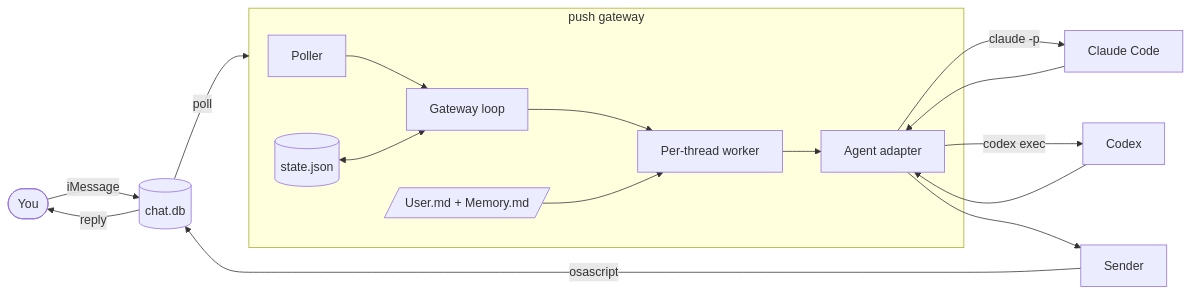
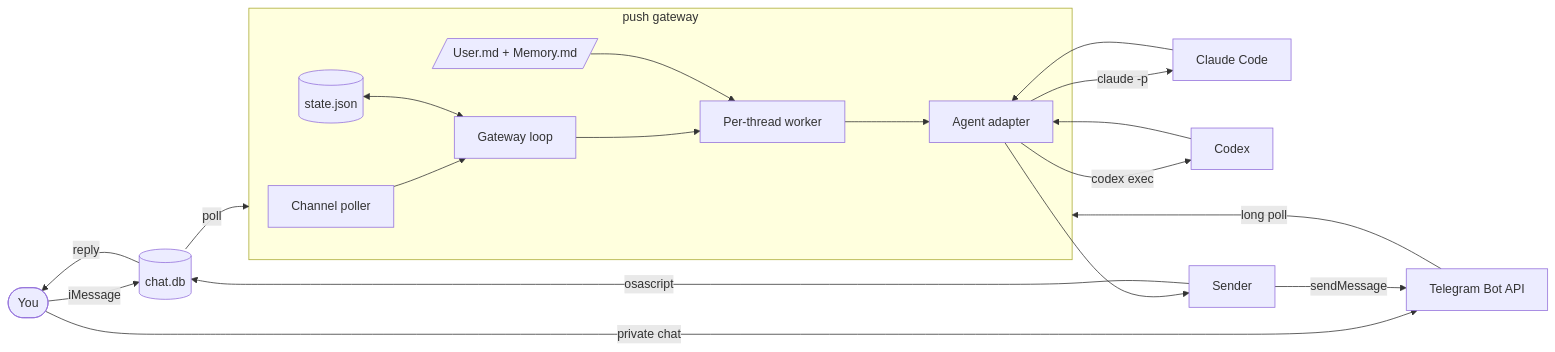
The first of 2 diagrams in docs/architecture.md (owainlewis/push), drawn with Mermaid before and after one commit. The commit also changed other lines of this file and 22 other files, not shown here.

````diff
--- a/docs/architecture.md
+++ b/docs/architecture.md
@@ -53,19 +56,22 @@
 ```mermaid
 flowchart LR
     user([You]) -->|iMessage| db[(chat.db)]
+    user -->|private chat| tg[Telegram Bot API]
     db -->|poll| push
+    tg -->|long poll| push
     subgraph push[push gateway]
-        poller[Poller] --> gateway[Gateway loop]
+        poller[Channel poller] --> gateway[Gateway loop]
         gateway --> worker[Per-thread worker]
         store[(state.json)] <--> gateway
         memory[/User.md + Memory.md/] --> worker
         worker --> adapter[Agent adapter]
     end
     adapter -->|claude -p| claude[Claude Code]
     adapter -->|codex exec| codex[Codex]
     claude --> adapter
     codex --> adapter
     adapter --> sender[Sender]
     sender -->|osascript| db
+    sender -->|sendMessage| tg
     db -->|reply| user
 ```
````
